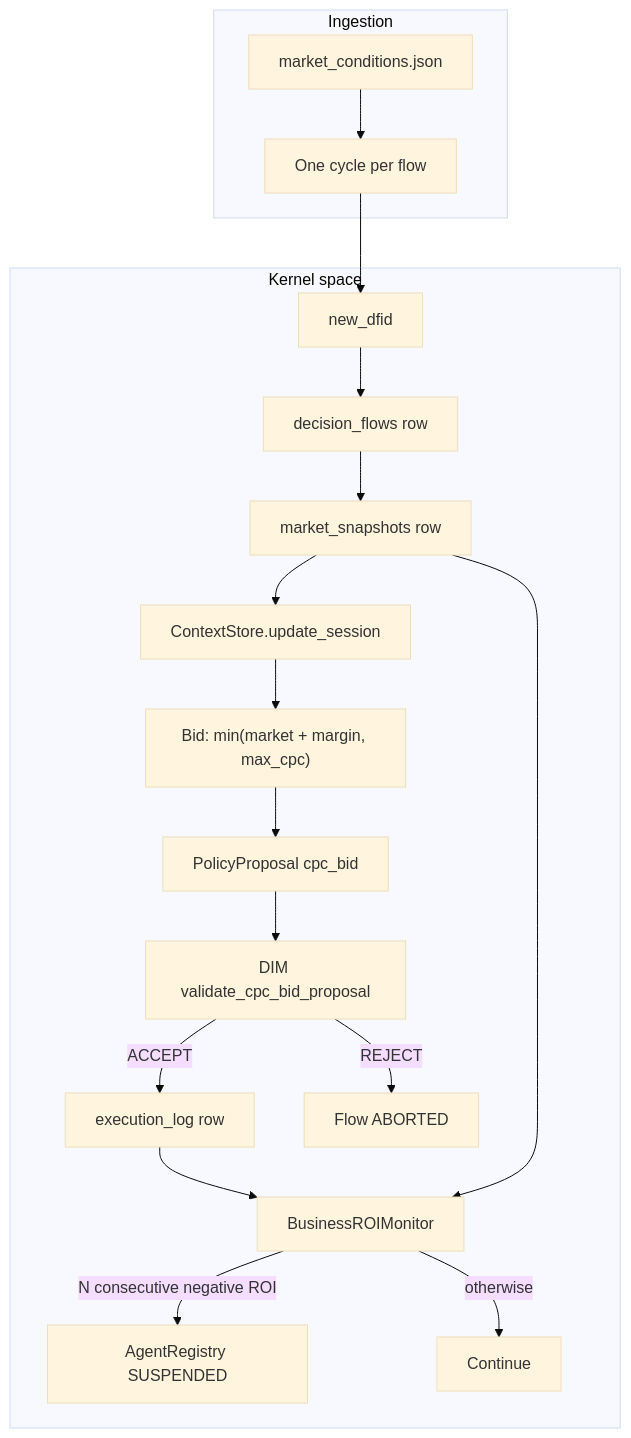
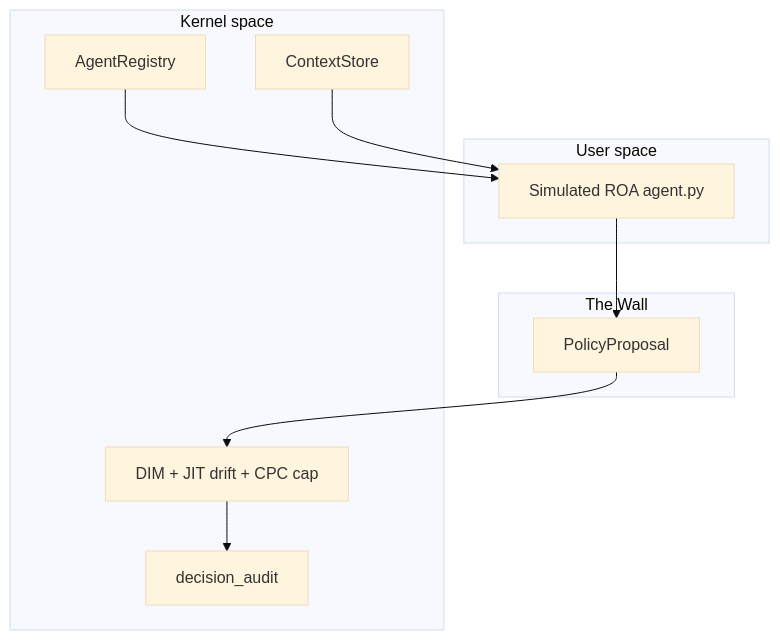
Before and after one commit to huka81/decision-intelligence-runtime: the second of 3 diagrams in samples/38_drift_environmental_bidding/README.md, drawn with Mermaid (base theme). The commit also changed other lines of this file and 14 other files, not shown here.

````diff
--- a/samples/38_drift_environmental_bidding/README.md
+++ b/samples/38_drift_environmental_bidding/README.md
@@ -33,23 +20,20 @@
 ```mermaid
 flowchart TB
-  subgraph ingest [Ingestion]
-    JSON[market_conditions.json]
-    JSON --> cycle[One cycle per flow]
+  subgraph user [User space]
+    SIM[Simulated ROA agent.py]
+  end
+  subgraph wall [The Wall]
+    PP[PolicyProposal]
   end
   subgraph kernel [Kernel space]
-    DFID[new_dfid]
-    cycle --> DFID
-    DFID --> flowRow[decision_flows row]
-    flowRow --> msRow[market_snapshots row]
-    msRow --> session[ContextStore.update_session]
-    session --> bidHeuristic["Bid: min(market + margin, max_cpc)"]
-    bidHeuristic --> proposal[PolicyProposal cpc_bid]
-    proposal --> dim[DIM validate_cpc_bid_proposal]
-    dim -->|ACCEPT| execRow[execution_log row]
-    dim -->|REJECT| abort[Flow ABORTED]
-    execRow --> monitor[BusinessROIMonitor]
-    msRow --> monitor
-    monitor -->|N consecutive negative ROI| reg[AgentRegistry SUSPENDED]
-    monitor -->|otherwise| continueRun[Continue]
+    DIM[DIM + JIT drift + CPC cap]
+    REG[AgentRegistry]
+    CTX[ContextStore]
+    AUD[decision_audit]
   end
+  SIM --> PP
+  PP --> DIM
+  DIM --> AUD
+  REG --> SIM
+  CTX --> SIM
 ```
````
